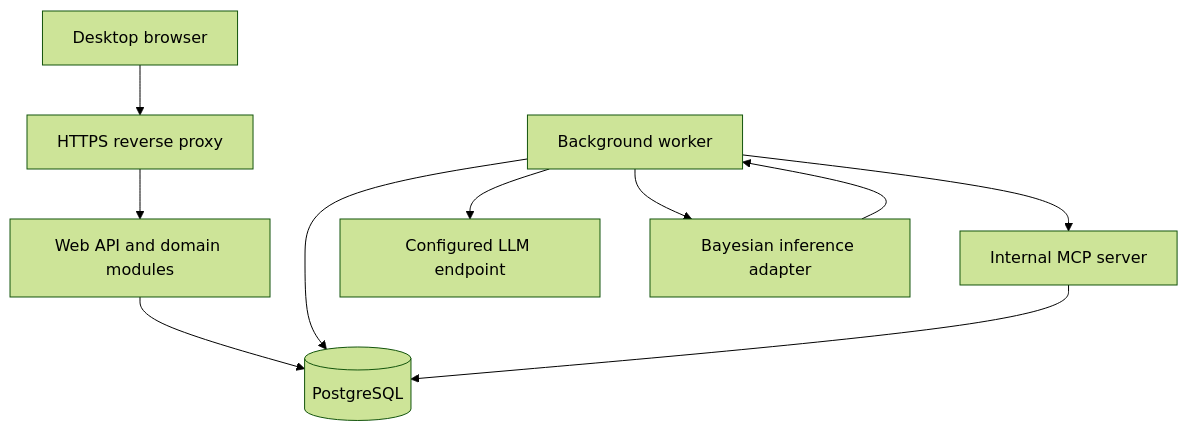
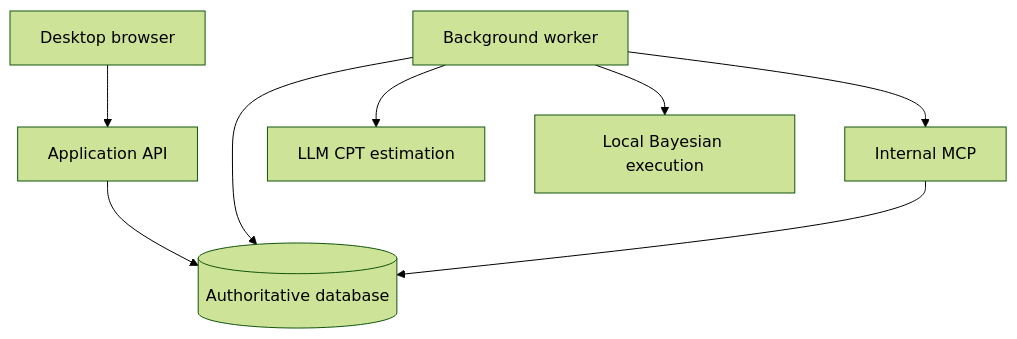
Before and after one commit to a-rastin/X-INSIGHT: the diagram in docs/dev/system-design/system-design.md, drawn with Mermaid (forest theme). The commit also changed other lines of this file and 2 other files, not shown here.

````diff
--- a/docs/dev/system-design/system-design.md
+++ b/docs/dev/system-design/system-design.md
@@ -29,12 +51,10 @@
 ```mermaid
 flowchart TD
-    U[Desktop browser] --> P[HTTPS reverse proxy]
-    P --> A[Web API and domain modules]
-    A --> D[(PostgreSQL)]
-    W[Background worker] --> D
-    W --> M[Internal MCP server]
-    M --> D
-    W --> L[Configured LLM endpoint]
-    W --> B[Bayesian inference adapter]
-    B --> W
+    UI[Desktop browser] --> API[Application API]
+    API --> DB[(Authoritative database)]
+    W[Background worker] --> DB
+    W --> MCP[Internal MCP]
+    MCP --> DB
+    W --> LLM[LLM CPT estimation]
+    W --> BN[Local Bayesian execution]
 ```
````
